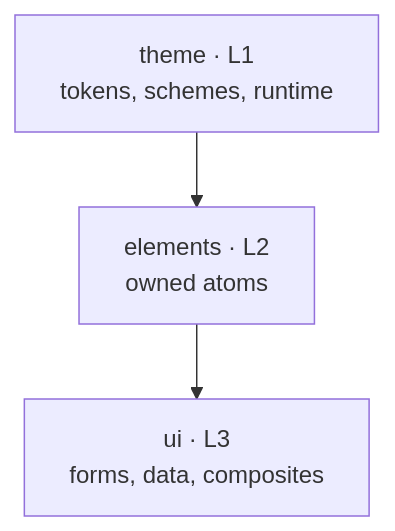
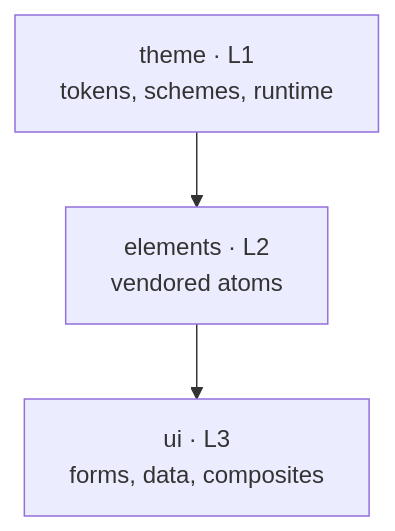
Before and after one commit to kbukum/plainworks: the second of 5 diagrams in docs/architecture.md, drawn with Mermaid. The commit also changed other lines of this file and 247 other files, not shown here.

Commit message:
feat(elements): vendor shadcn atoms unmodified behind a hash lock (#52)

````diff
--- a/docs/architecture.md
+++ b/docs/architecture.md
@@ -93,5 +93,5 @@
 ```mermaid
 flowchart TD
-  theme["theme · L1<br/>tokens, schemes, runtime"] --> elements["elements · L2<br/>owned atoms"]
+  theme["theme · L1<br/>tokens, schemes, runtime"] --> elements["elements · L2<br/>vendored atoms"]
   elements --> ui["ui · L3<br/>forms, data, composites"]
 ```
````
